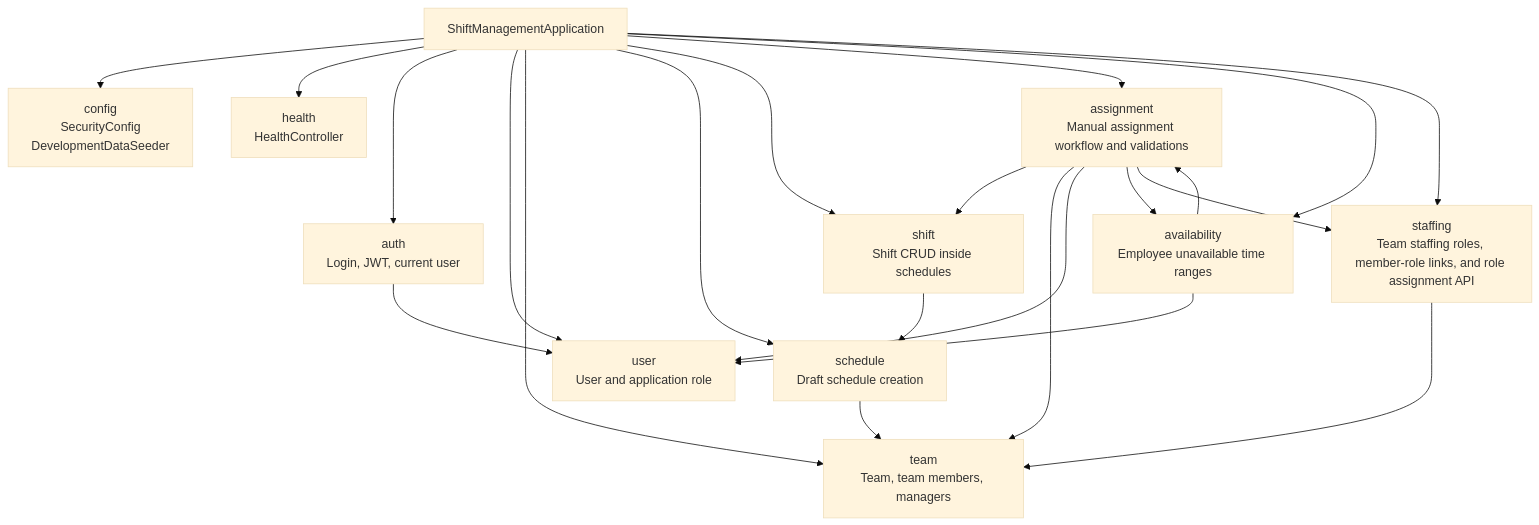
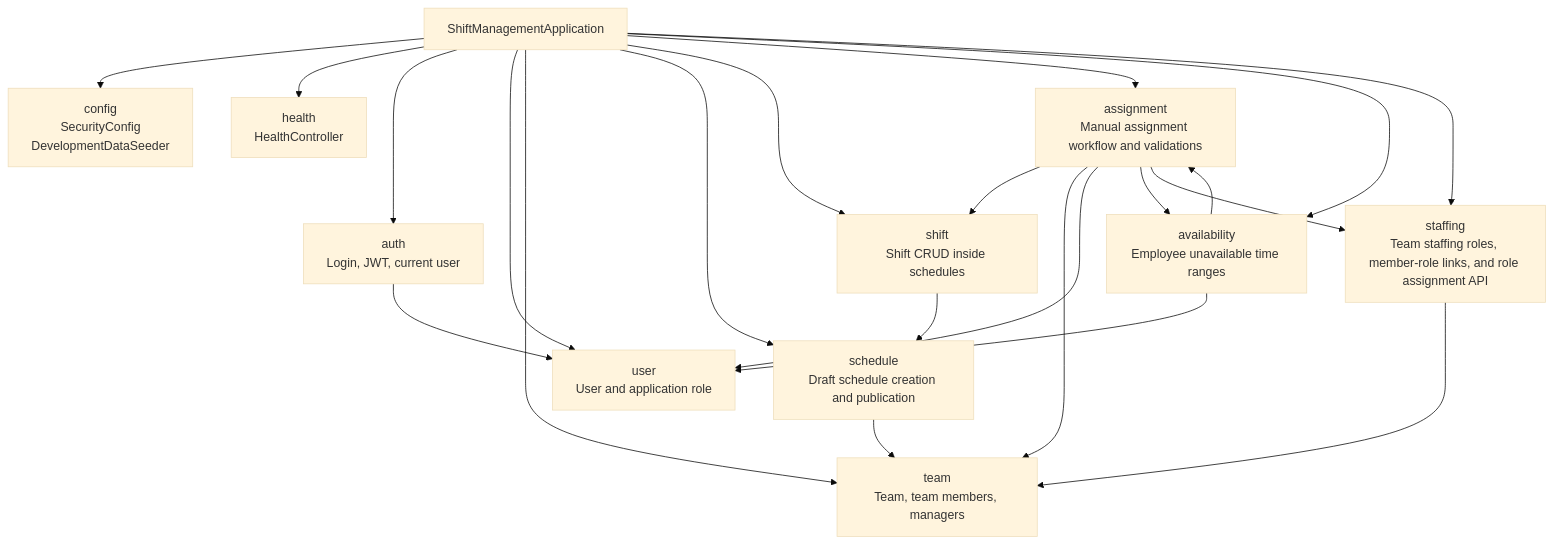
The second of 10 diagrams in docs/current-backend-architecture.md (HiliMor/shift-management-system), drawn with Mermaid (base theme) before and after one commit. The commit also changed other lines of this file and 8 other files, not shown here.

````diff
--- a/docs/current-backend-architecture.md
+++ b/docs/current-backend-architecture.md
@@ -30,38 +30,38 @@
 ```mermaid
 flowchart TD
     app["ShiftManagementApplication"]
 
     config["config<br/>SecurityConfig<br/>DevelopmentDataSeeder"]
     health["health<br/>HealthController"]
     auth["auth<br/>Login, JWT, current user"]
     user["user<br/>User and application role"]
     team["team<br/>Team, team members, managers"]
-    schedule["schedule<br/>Draft schedule creation"]
+    schedule["schedule<br/>Draft schedule creation and publication"]
     shift["shift<br/>Shift CRUD inside schedules"]
     assignment["assignment<br/>Manual assignment workflow and validations"]
     availability["availability<br/>Employee unavailable time ranges"]
     staffing["staffing<br/>Team staffing roles, member-role links, and role assignment API"]
 
     app --> config
     app --> health
     app --> auth
     app --> user
     app --> team
     app --> schedule
     app --> shift
     app --> assignment
     app --> availability
     app --> staffing
 
     auth --> user
     schedule --> team
     shift --> schedule
     assignment --> shift
     assignment --> team
     assignment --> user
     assignment --> availability
     assignment --> staffing
     availability --> user
     availability --> assignment
     staffing --> team
 ```
````
